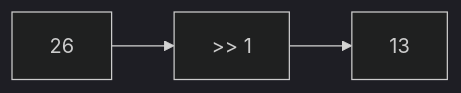
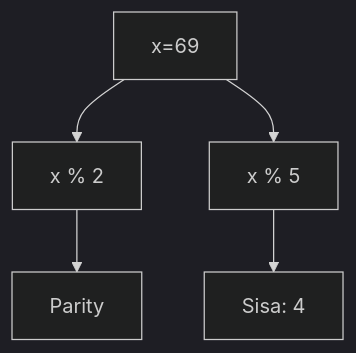
One commit to amnahwaida/OSNK_INF_PREP changed the first of 25 diagrams in part-c-pemahaman-cpp/06-bitwise/latihan/set-07.md. Above: the diagram before and after it, drawn with Mermaid (dark theme). The commit also changed other lines of this file and 71 other files, not shown here.

````diff
--- a/part-c-pemahaman-cpp/06-bitwise/latihan/set-07.md
+++ b/part-c-pemahaman-cpp/06-bitwise/latihan/set-07.md
@@ -23,5 +23,7 @@
 ```mermaid
-graph LR
-    A[26] --> B[">> 1"]
-    B --> C[13]
+graph TD
+A[x=69] --> B[x % 2]
+B --> C[Parity]
+A --> D[x % 5]
+D --> E[Sisa: 4]
 ```
````
